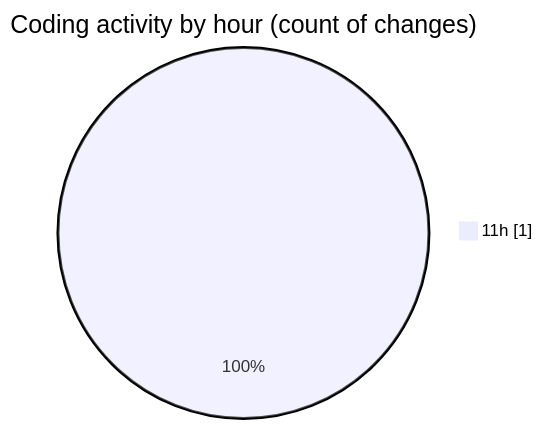
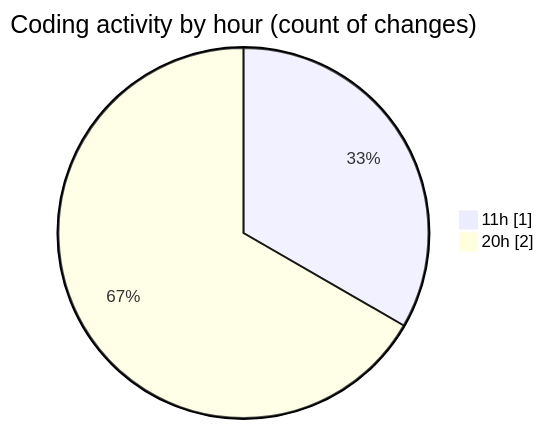
One commit to yexinjia/code-tracking changed the second of 2 diagrams in 2026-08-22/mono-test/README.md. Above: the diagram before and after it, drawn with Mermaid. The commit also changed other lines of this file and 1 other file, not shown here.

````diff
--- a/2026-08-22/mono-test/README.md
+++ b/2026-08-22/mono-test/README.md
@@ -28,5 +29,6 @@
 ```mermaid
 pie showData
 title Coding activity by hour (count of changes)
 "11h" : 1
+"20h" : 2
 ```
````
